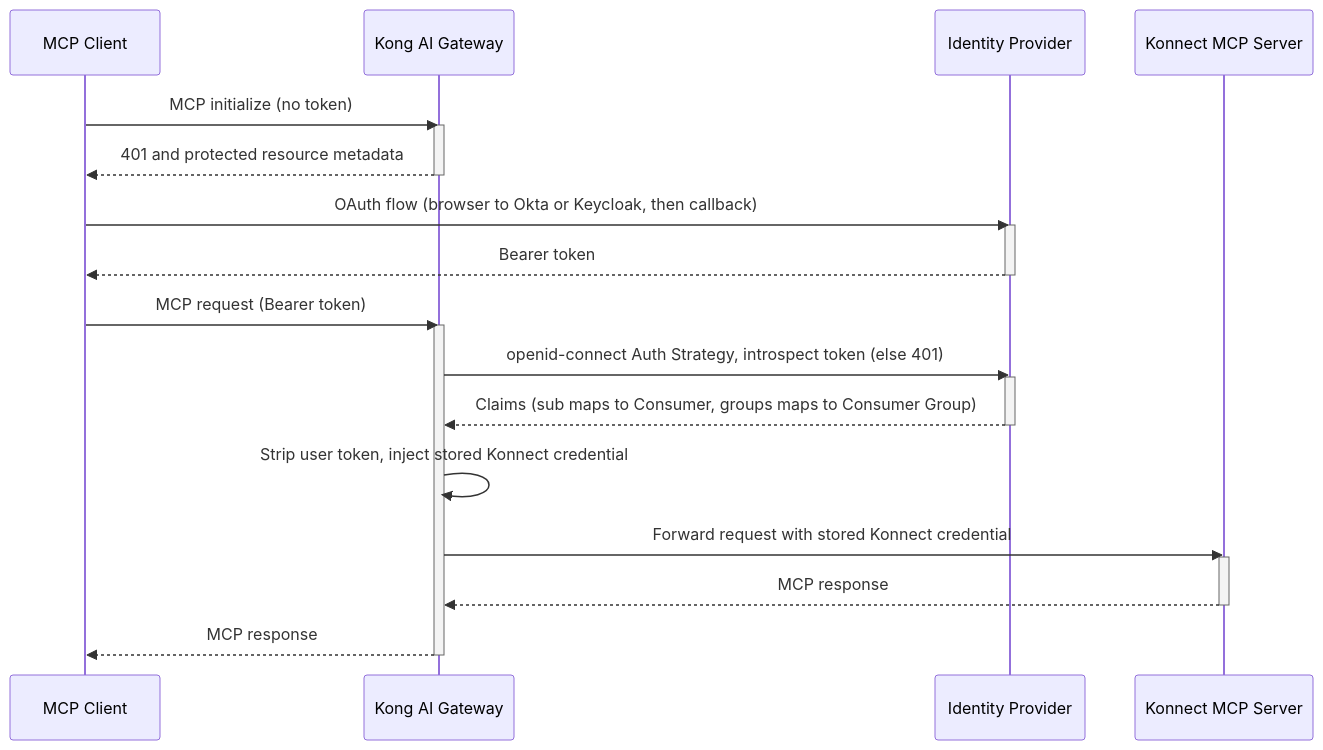
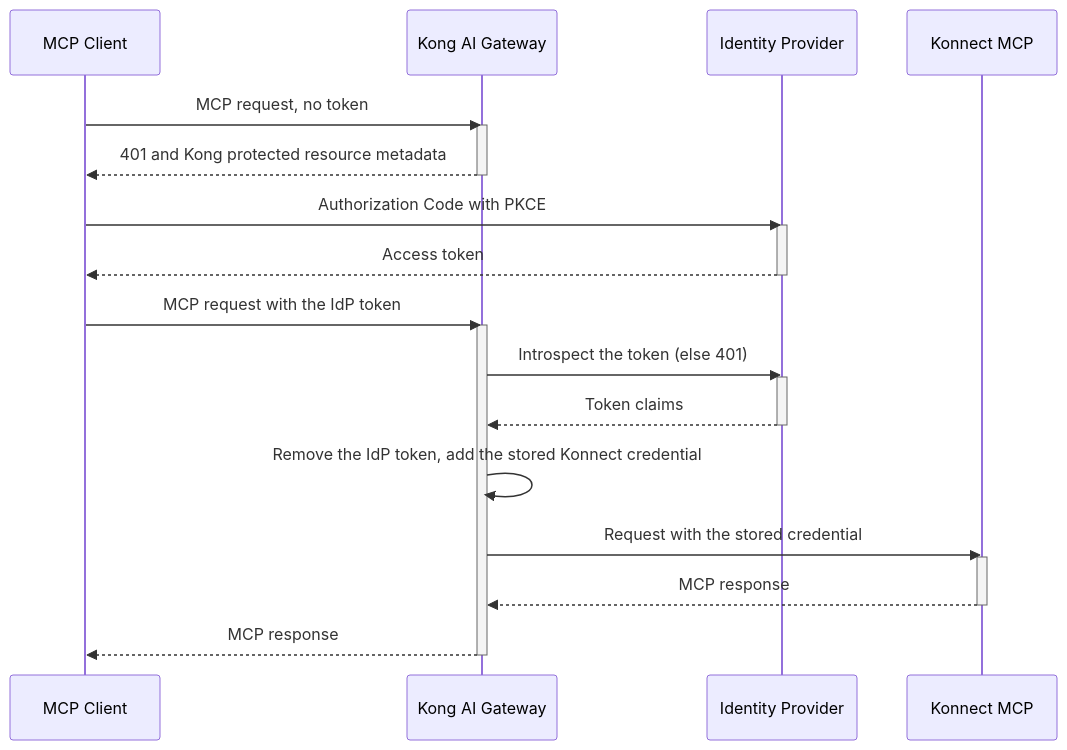
One commit to Kong/developer.konghq.com changed the second of 2 diagrams in app/_cookbooks/secure-external-mcp-gateway.md. Above: the diagram before and after it, drawn with Mermaid. The commit also changed other lines of this file and 22 other files, not shown here.

```diff
--- a/app/_cookbooks/secure-external-mcp-gateway.md
+++ b/app/_cookbooks/secure-external-mcp-gateway.md
@@ -286,29 +563,29 @@
 {% mermaid %}
 sequenceDiagram
     participant C as MCP Client
     participant K as Kong AI Gateway
-    participant IdP as Identity Provider
-    participant KM as Konnect MCP Server
+    participant I as Identity Provider
+    participant KM as Konnect MCP
 
-    C->>K: MCP initialize (no token)
+    C->>K: MCP request, no token
     activate K
-    K-->>C: 401 and protected resource metadata
+    K-->>C: 401 and Kong protected resource metadata
     deactivate K
-    C->>IdP: OAuth flow (browser to Okta or Keycloak, then callback)
-    activate IdP
-    IdP-->>C: Bearer token
-    deactivate IdP
-    C->>K: MCP request (Bearer token)
+    C->>I: Authorization Code with PKCE
+    activate I
+    I-->>C: Access token
+    deactivate I
+    C->>K: MCP request with the IdP token
     activate K
-    K->>IdP: openid-connect Auth Strategy, introspect token (else 401)
-    activate IdP
-    IdP-->>K: Claims (sub maps to Consumer, groups maps to Consumer Group)
-    deactivate IdP
-    K->>K: Strip user token, inject stored Konnect credential
-    K->>KM: Forward request with stored Konnect credential
+    K->>I: Introspect the token (else 401)
+    activate I
+    I-->>K: Token claims
+    deactivate I
+    K->>K: Remove the IdP token, add the stored Konnect credential
+    K->>KM: Request with the stored credential
     activate KM
     KM-->>K: MCP response
     deactivate KM
     K-->>C: MCP response
     deactivate K
 {% endmermaid %}
```
